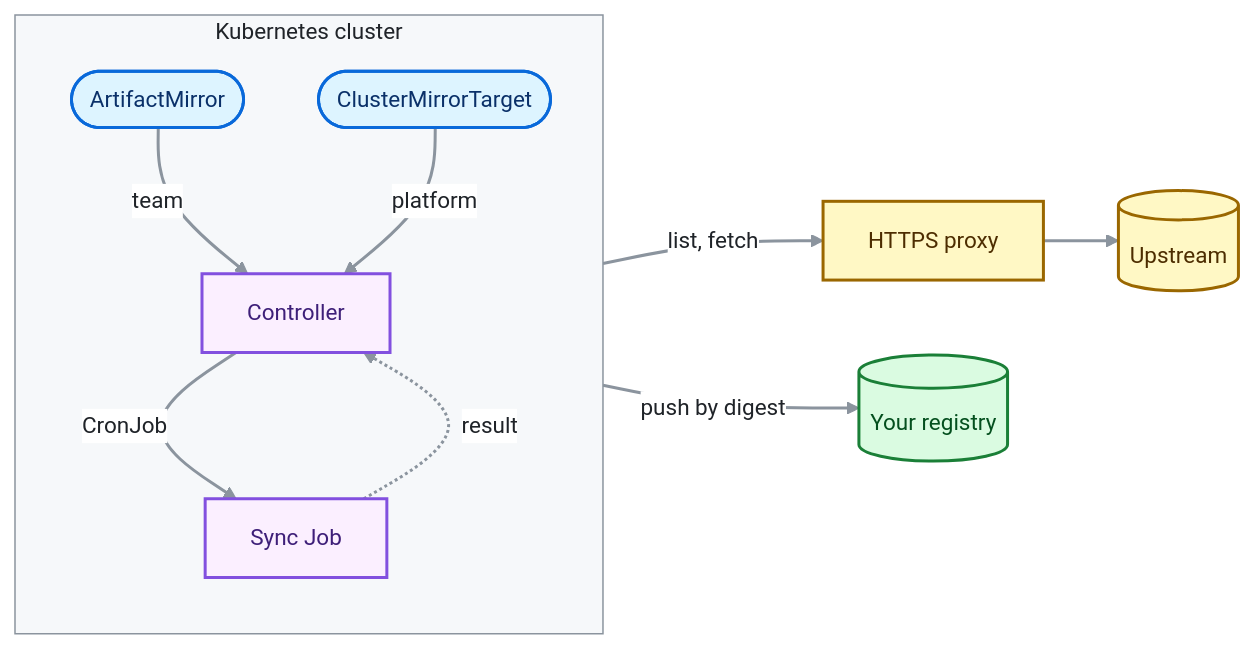
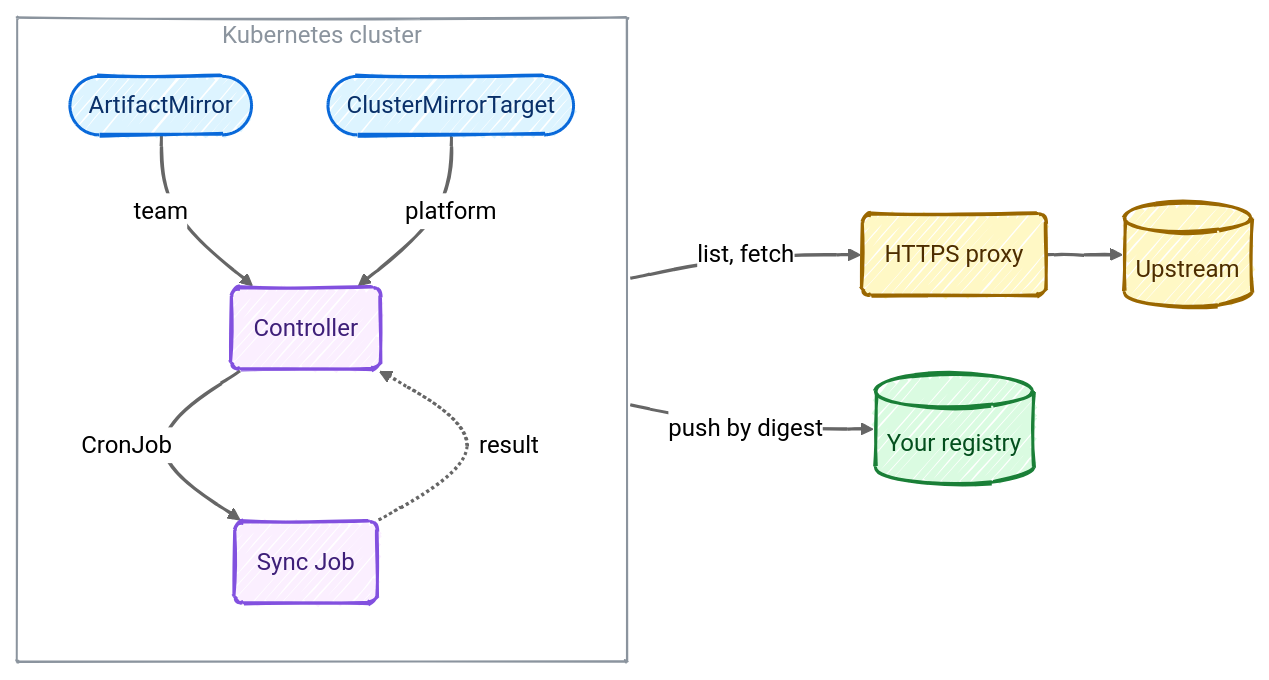
One commit to r-gawronski/tagwarden changed the first of 2 diagrams in README.md. Above: the diagram before and after it, drawn with Mermaid. The commit also changed other lines of this file and 10 other files, not shown here.

Commit message:
docs: hand-drawn diagram variants

````diff
--- a/README.md
+++ b/README.md
@@ -37,27 +37,32 @@
 ```mermaid
-%%{init: {'theme': 'base', 'themeVariables': {'fontFamily': 'Inter, Helvetica, Arial, sans-serif', 'fontSize': '15px', 'lineColor': '#8b949e', 'primaryTextColor': '#1f2328', 'clusterBkg': '#f6f8fa', 'clusterBorder': '#8b949e', 'titleColor': '#1f2328', 'edgeLabelBackground': '#ffffff'}}}%%
+---
+config:
+  look: handDrawn
+  theme: neutral
+---
 flowchart LR
   subgraph cluster [Kubernetes cluster]
     direction TB
     AM([ArtifactMirror]):::res
     T([ClusterMirrorTarget]):::res
-    C[Controller]:::ctl
-    J[Sync Job]:::ctl
+    C(Controller):::ctl
+    J(Sync Job):::ctl
     AM -- team --> C
     T -- platform --> C
     C -- CronJob --> J
     J -. result .-> C
   end
-  P[HTTPS proxy]:::ext
+  P(HTTPS proxy):::ext
   U[(Upstream)]:::ext
   R[(Your registry)]:::reg
   J -- list, fetch --> P
   P --> U
   J == push by digest ==> R
 
   classDef res fill:#ddf4ff,stroke:#0969da,stroke-width:2px,color:#0a3069
   classDef ctl fill:#fbefff,stroke:#8250df,stroke-width:2px,color:#3e1f79
   classDef ext fill:#fff8c5,stroke:#9a6700,stroke-width:2px,color:#4d2d00
   classDef reg fill:#dafbe1,stroke:#1a7f37,stroke-width:2px,color:#044f1e
+  style cluster fill:transparent,stroke:#8b949e,color:#8b949e
   linkStyle default stroke-width:2px
 ```
````
